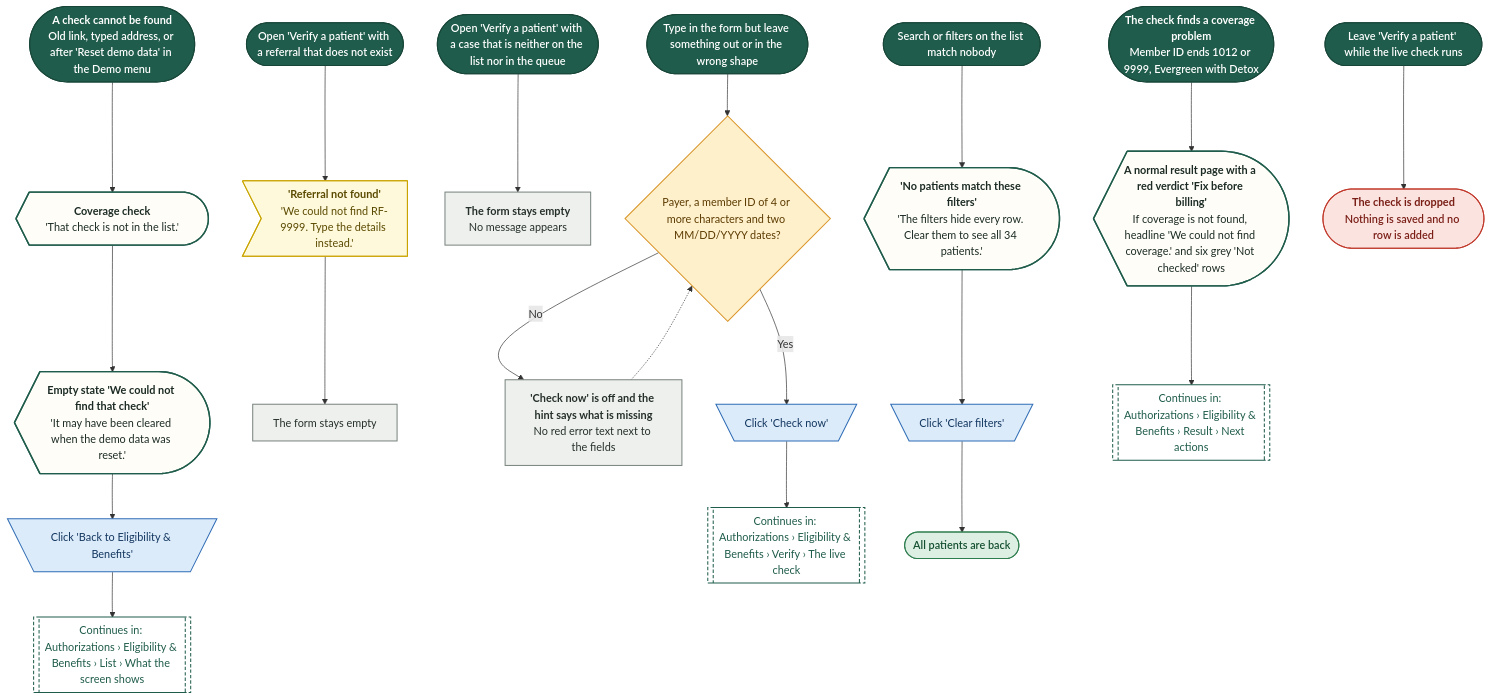
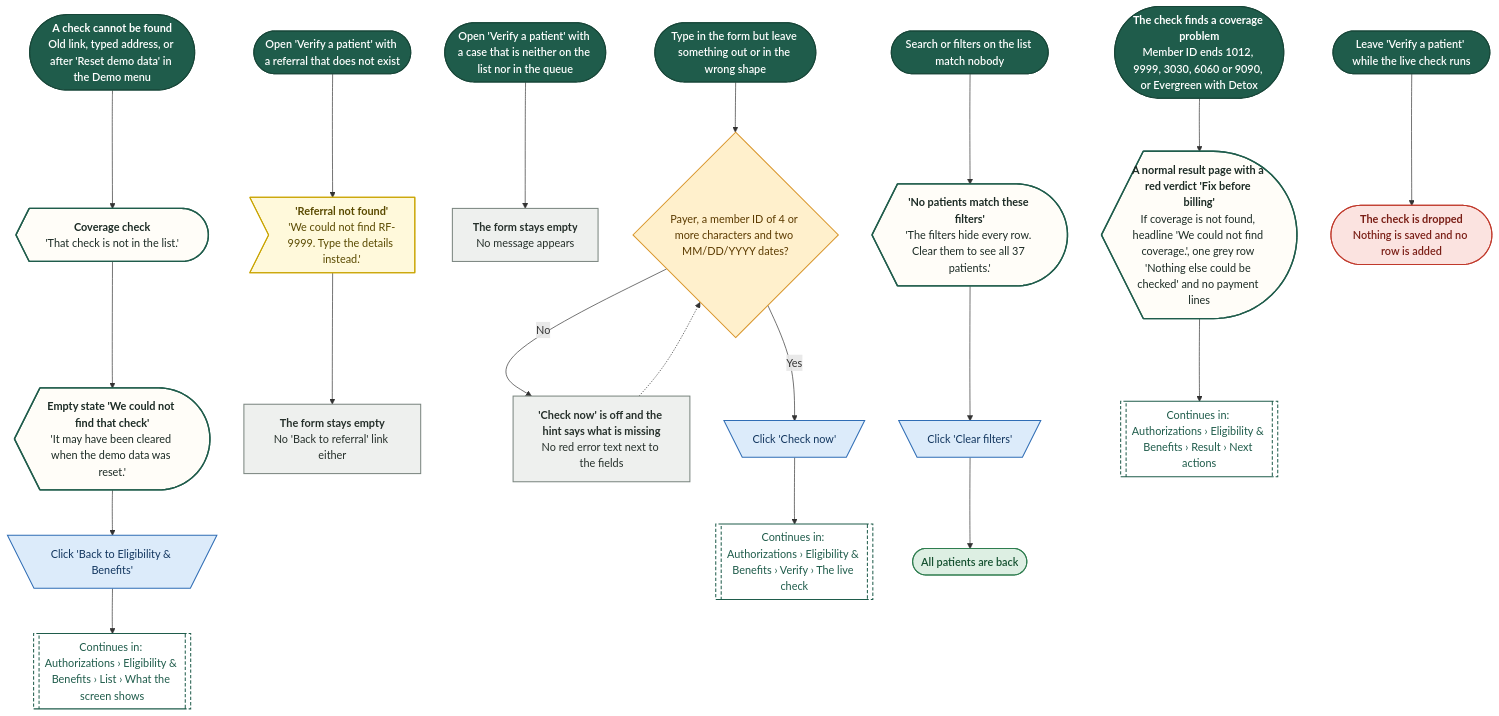
Before and after one commit to Shrav143/psyfloapp: diagram 18 of 19 in demos/prior-auth-demo/workflows/out/md/05-eligibility.md, drawn with Mermaid. The commit also changed other lines of this file and 195 other files, not shown here.

First line of the commit message:
docs: Rebuild workflow diagrams after the demo fixes (220 diagrams)

````diff
--- a/demos/prior-auth-demo/workflows/out/md/05-eligibility.md
+++ b/demos/prior-auth-demo/workflows/out/md/05-eligibility.md
@@ -1244,63 +1378,63 @@
 ```mermaid
 %%{init: {"theme":"base","themeVariables":{"fontFamily":"'DM Sans', 'Segoe UI', system-ui, sans-serif","fontSize":"15px","lineColor":"#5B6B63","primaryTextColor":"#1C2B25","clusterBkg":"#FBF8F3","clusterBorder":"#D9CDBB","edgeLabelBackground":"#FFFFFF"},"flowchart":{"curve":"basis","nodeSpacing":36,"rankSpacing":48,"padding":12,"htmlLabels":true,"useMaxWidth":false,"wrappingWidth":230}} }%%
 flowchart TD
   classDef k_start fill:#1F5C4B,stroke:#174638,color:#FFFFFF,stroke-width:1.5px,font-weight:600
   classDef k_end fill:#DDEFE3,stroke:#2E7D4F,color:#14502F,stroke-width:1.5px,font-weight:600
   classDef k_endx fill:#FBE3E0,stroke:#C0392B,color:#7A1F16,stroke-width:1.5px,font-weight:600
   classDef k_screen fill:#FFFDF8,stroke:#1F5C4B,color:#1C2B25,stroke-width:2px
   classDef k_overlay fill:#F1F7F3,stroke:#1F5C4B,color:#1C2B25,stroke-width:2px,stroke-dasharray:5 3
   classDef k_click fill:#DCEBFA,stroke:#2F6DB5,color:#12365F,stroke-width:1.5px
   classDef k_input fill:#E4E7FF,stroke:#4C5FD5,color:#1D2670,stroke-width:1.5px
   classDef k_process fill:#EEF0EE,stroke:#7A857F,color:#26302B,stroke-width:1.5px
   classDef k_agent fill:#EEE5FA,stroke:#7A4FC2,color:#341A63,stroke-width:1.5px
   classDef k_decision fill:#FFF0CC,stroke:#D9962B,color:#5C3B00,stroke-width:1.5px
   classDef k_store fill:#D5F0EA,stroke:#1C8E7B,color:#0B4A3F,stroke-width:1.5px
   classDef k_doc fill:#F6E9DC,stroke:#B07A4C,color:#4A2E14,stroke-width:1.5px
   classDef k_ext fill:#FFE6D2,stroke:#E07B39,color:#6B2F06,stroke-width:1.5px
   classDef k_wait fill:#E4E8EE,stroke:#6B7C93,color:#26303D,stroke-width:1.5px
   classDef k_toast fill:#FFF9DB,stroke:#C9A400,color:#5A4A00,stroke-width:1.5px
   classDef k_goto fill:#FFFFFF,stroke:#1F5C4B,color:#1F5C4B,stroke-width:1.5px,stroke-dasharray:5 3
   s1@{ shape: stadium, label: "<b>A check cannot be found</b><br/>Old link, typed address, or after 'Reset demo data' in the Demo menu" }
   e1@{ shape: curv-trap, label: "<b>Coverage check</b><br/>'That check is not in the list.'" }
   e2@{ shape: curv-trap, label: "<b>Empty state 'We could not find that check'</b><br/>'It may have been cleared when the demo data was reset.'" }
   c1@{ shape: trap-t, label: "Click 'Back to Eligibility & Benefits'" }
   g1@{ shape: subproc, label: "Continues in: Authorizations › Eligibility & Benefits › List › What the screen shows" }
   s2@{ shape: stadium, label: "Open 'Verify a patient' with a referral that does not exist" }
   t1@{ shape: odd, label: "<b>'Referral not found'</b><br/>'We could not find RF-9999. Type the details instead.'" }
-  p1@{ shape: rect, label: "The form stays empty" }
+  p1@{ shape: rect, label: "<b>The form stays empty</b><br/>No 'Back to referral' link either" }
   s3@{ shape: stadium, label: "Open 'Verify a patient' with a case that is neither on the list nor in the queue" }
   p2@{ shape: rect, label: "<b>The form stays empty</b><br/>No message appears" }
   s4@{ shape: stadium, label: "Type in the form but leave something out or in the wrong shape" }
   q1@{ shape: diam, label: "Payer, a member ID of 4 or more characters and two MM/DD/YYYY dates?" }
   p3@{ shape: rect, label: "<b>'Check now' is off and the hint says what is missing</b><br/>No red error text next to the fields" }
   c2@{ shape: trap-t, label: "Click 'Check now'" }
   g2@{ shape: subproc, label: "Continues in: Authorizations › Eligibility & Benefits › Verify › The live check" }
   s5@{ shape: stadium, label: "Search or filters on the list match nobody" }
-  e3@{ shape: curv-trap, label: "<b>'No patients match these filters'</b><br/>'The filters hide every row. Clear them to see all 34 patients.'" }
+  e3@{ shape: curv-trap, label: "<b>'No patients match these filters'</b><br/>'The filters hide every row. Clear them to see all 37 patients.'" }
   c3@{ shape: trap-t, label: "Click 'Clear filters'" }
   e4@{ shape: stadium, label: "All patients are back" }
-  s6@{ shape: stadium, label: "<b>The check finds a coverage problem</b><br/>Member ID ends 1012 or 9999, Evergreen with Detox" }
-  e5@{ shape: curv-trap, label: "<b>A normal result page with a red verdict 'Fix before billing'</b><br/>If coverage is not found, headline 'We could not find coverage.' and six grey 'Not checked' rows" }
+  s6@{ shape: stadium, label: "<b>The check finds a coverage problem</b><br/>Member ID ends 1012, 9999, 3030, 6060 or 9090, or Evergreen with Detox" }
+  e5@{ shape: curv-trap, label: "<b>A normal result page with a red verdict 'Fix before billing'</b><br/>If coverage is not found, headline 'We could not find coverage.', one grey row 'Nothing else could be checked' and no payment lines" }
   g3@{ shape: subproc, label: "Continues in: Authorizations › Eligibility & Benefits › Result › Next actions" }
   s7@{ shape: stadium, label: "Leave 'Verify a patient' while the live check runs" }
   e6@{ shape: stadium, label: "<b>The check is dropped</b><br/>Nothing is saved and no row is added" }
   s1 --> e1 --> e2 --> c1 --> g1
   s2 --> t1 --> p1
   s3 --> p2
   s4 --> q1
   q1 -->|"No"| p3
   q1 -->|"Yes"| c2 --> g2
   p3 -.-> q1
   s5 --> e3 --> c3 --> e4
   s6 --> e5 --> g3
   s7 --> e6
   class s1,s2,s3,s4,s5,s6,s7 k_start
   class e1,e2,e3,e5 k_screen
   class c1,c2,c3 k_click
   class g1,g2,g3 k_goto
   class t1 k_toast
   class p1,p2,p3 k_process
   class q1 k_decision
   class e4 k_end
   class e6 k_endx
 ```
````
